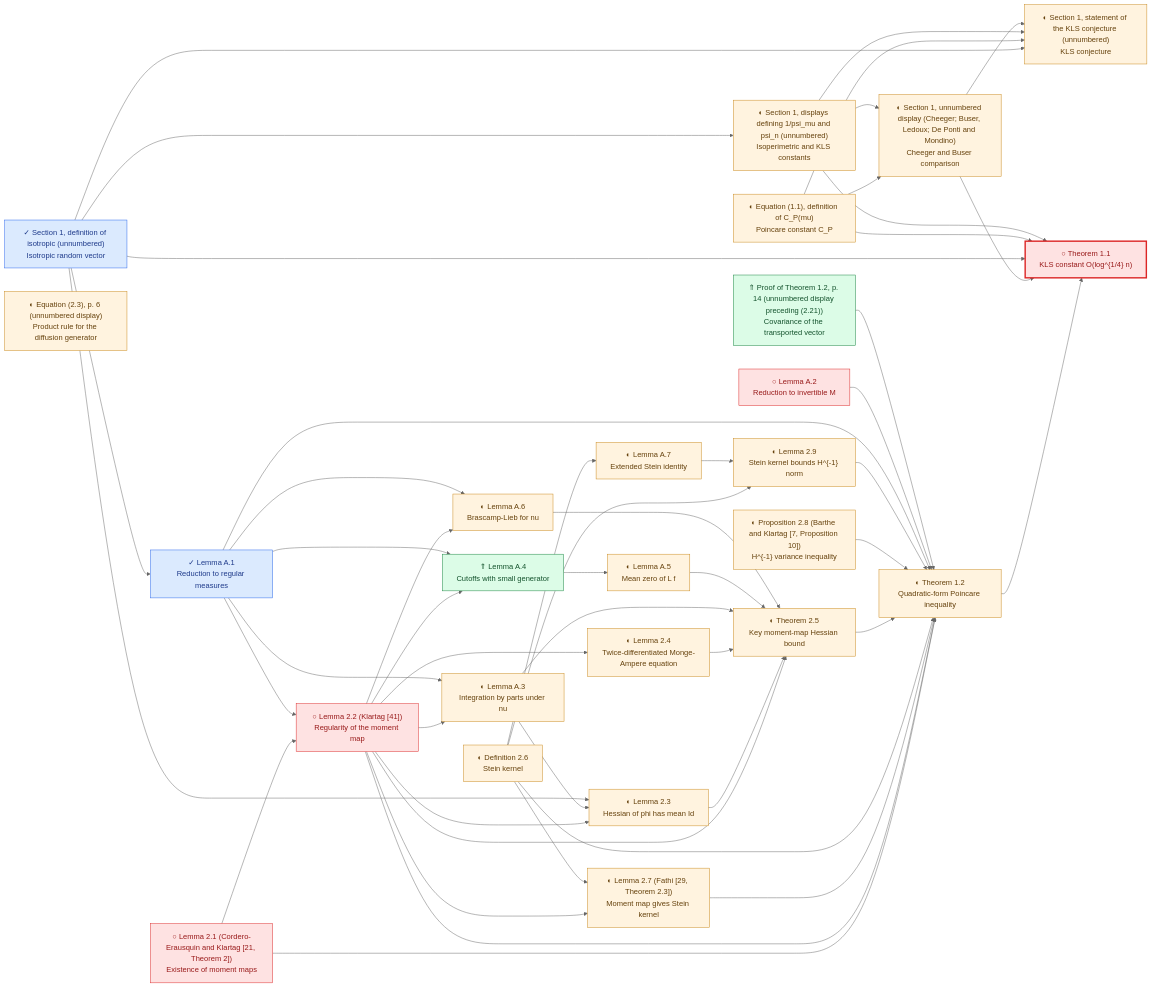
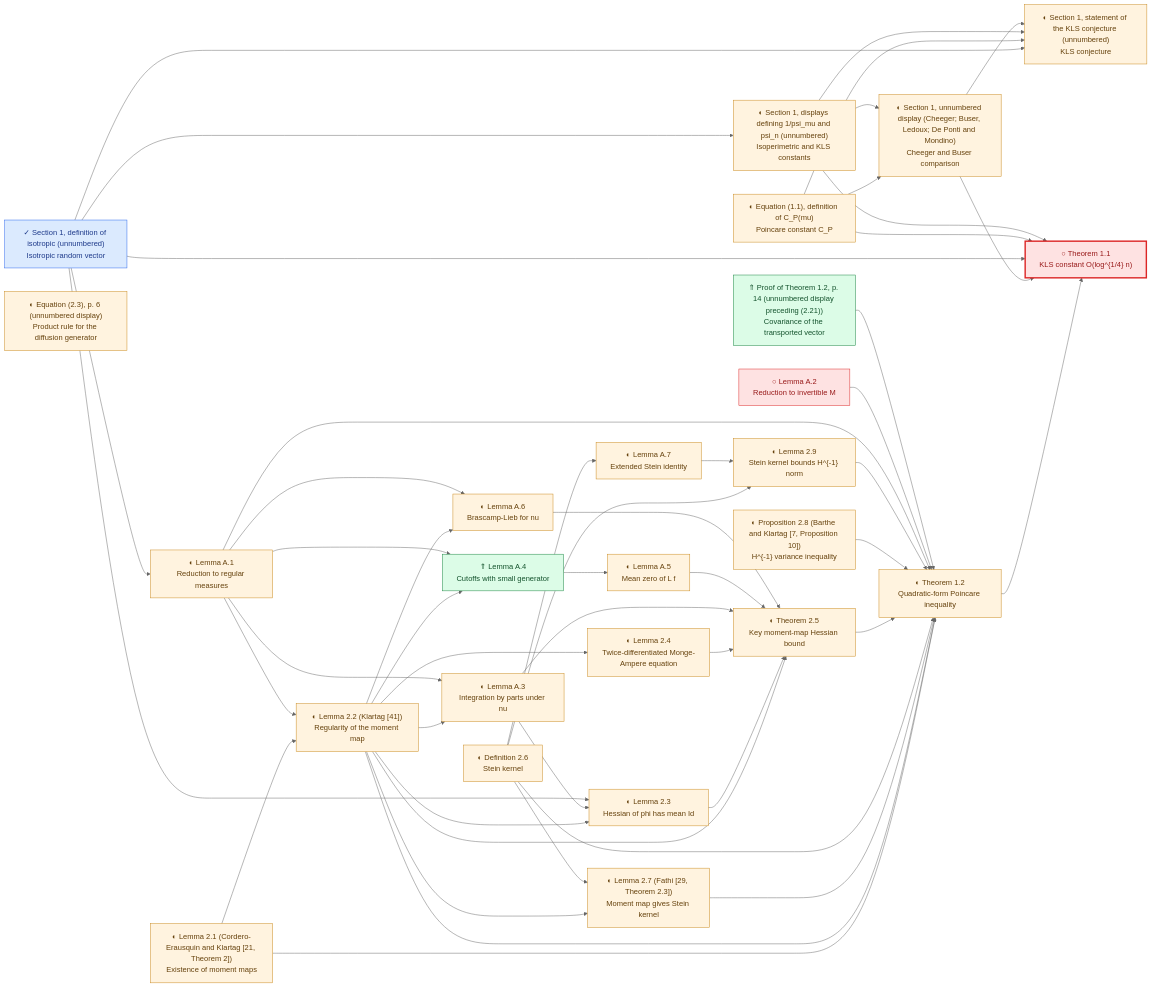
Diagram 23 of 26 in research/progress/README.md (human-ai-mathematics/kls-lean), drawn with Mermaid (neutral theme) before and after one commit. The commit also changed other lines of this file and 43 other files, not shown here.

```diff
--- a/research/progress/README.md
+++ b/research/progress/README.md
@@ -1154,8 +1157,8 @@
     Letwin2026_T11["○ Theorem 1.1<br/>KLS constant O(log^{1/4} n)"]
     Letwin2026_T12["◐ Theorem 1.2<br/>Quadratic-form Poincare inequality"]
     Letwin2026_CZ14["⇑ Proof of Theorem 1.2, p. 14 (unnumbered display preceding (2.21))<br/>Covariance of the transported vector"]
-    Letwin2026_L21["○ Lemma 2.1 (Cordero-Erausquin and Klartag [21, Theorem 2])<br/>Existence of moment maps"]
-    Letwin2026_L22["○ Lemma 2.2 (Klartag [41])<br/>Regularity of the moment map"]
+    Letwin2026_L21["◐ Lemma 2.1 (Cordero-Erausquin and Klartag [21, Theorem 2])<br/>Existence of moment maps"]
+    Letwin2026_L22["◐ Lemma 2.2 (Klartag [41])<br/>Regularity of the moment map"]
     Letwin2026_L23["◐ Lemma 2.3<br/>Hessian of phi has mean Id"]
     Letwin2026_E23["◐ Equation (2.3), p. 6 (unnumbered display)<br/>Product rule for the diffusion generator"]
     Letwin2026_L24["◐ Lemma 2.4<br/>Twice-differentiated Monge-Ampere equation"]
@@ -1164,7 +1167,7 @@
     Letwin2026_L27["◐ Lemma 2.7 (Fathi [29, Theorem 2.3])<br/>Moment map gives Stein kernel"]
     Letwin2026_P28["◐ Proposition 2.8 (Barthe and Klartag [7, Proposition 10])<br/>H^{-1} variance inequality"]
     Letwin2026_L29["◐ Lemma 2.9<br/>Stein kernel bounds H^{-1} norm"]
-    Letwin2026_LA1["✓ Lemma A.1<br/>Reduction to regular measures"]
+    Letwin2026_LA1["◐ Lemma A.1<br/>Reduction to regular measures"]
     Letwin2026_LA2["○ Lemma A.2<br/>Reduction to invertible M"]
     Letwin2026_LA3["◐ Lemma A.3<br/>Integration by parts under nu"]
     Letwin2026_LA4["⇑ Lemma A.4<br/>Cutoffs with small generator"]
@@ -1219,11 +1222,11 @@
     Letwin2026_LA1 --> Letwin2026_LA6
     Letwin2026_D26 --> Letwin2026_LA7
     classDef lemma_formalized fill:#dbeafe,stroke:#2563eb,color:#1e3a8a;
-    class Letwin2026_DISO,Letwin2026_LA1 lemma_formalized;
+    class Letwin2026_DISO lemma_formalized;
     classDef lemma_partial fill:#fff3df,stroke:#c88719,color:#66420d;
-    class Letwin2026_DCP,Letwin2026_DPSI,Letwin2026_ECMP,Letwin2026_CONJ,Letwin2026_T12,Letwin2026_L23,Letwin2026_E23,Letwin2026_L24,Letwin2026_T25,Letwin2026_D26,Letwin2026_L27,Letwin2026_P28,Letwin2026_L29,Letwin2026_LA3,Letwin2026_LA5,Letwin2026_LA6,Letwin2026_LA7 lemma_partial;
+    class Letwin2026_DCP,Letwin2026_DPSI,Letwin2026_ECMP,Letwin2026_CONJ,Letwin2026_T12,Letwin2026_L21,Letwin2026_L22,Letwin2026_L23,Letwin2026_E23,Letwin2026_L24,Letwin2026_T25,Letwin2026_D26,Letwin2026_L27,Letwin2026_P28,Letwin2026_L29,Letwin2026_LA1,Letwin2026_LA3,Letwin2026_LA5,Letwin2026_LA6,Letwin2026_LA7 lemma_partial;
     classDef lemma_pending fill:#fee2e2,stroke:#dc2626,color:#991b1b;
-    class Letwin2026_T11,Letwin2026_L21,Letwin2026_L22,Letwin2026_LA2 lemma_pending;
+    class Letwin2026_T11,Letwin2026_LA2 lemma_pending;
     classDef lemma_improved fill:#dcfce7,stroke:#15803d,color:#14532d;
     class Letwin2026_CZ14,Letwin2026_LA4 lemma_improved;
     style Letwin2026_T11 stroke-width:3px
```
